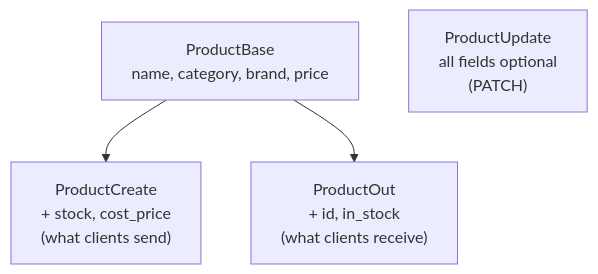
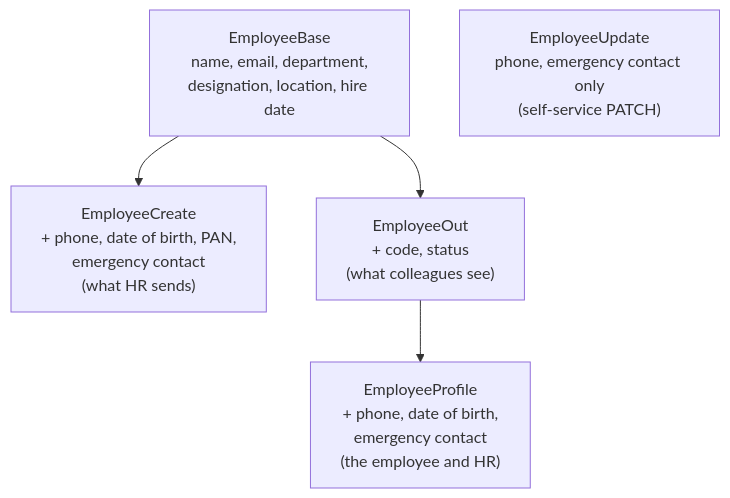
The diagram in docs/python/fastapi/04-responses-and-errors.md (kyedumati/KASI-FULLSTACK-MATERIAL), drawn with Mermaid before and after one commit. The commit also changed other lines of this file and 17 other files, not shown here.

````diff
--- a/docs/python/fastapi/04-responses-and-errors.md
+++ b/docs/python/fastapi/04-responses-and-errors.md
@@ -219,6 +306,7 @@
 ```mermaid
 flowchart TD
-  B["ProductBase<br/>name, category, brand, price"] --> C["ProductCreate<br/>+ stock, cost_price<br/>(what clients send)"]
-  B --> O["ProductOut<br/>+ id, in_stock<br/>(what clients receive)"]
-  U["ProductUpdate<br/>all fields optional<br/>(PATCH)"]
+  B["EmployeeBase<br/>name, email, department,<br/>designation, location, hire date"] --> C["EmployeeCreate<br/>+ phone, date of birth, PAN,<br/>emergency contact<br/>(what HR sends)"]
+  B --> O["EmployeeOut<br/>+ code, status<br/>(what colleagues see)"]
+  O --> P["EmployeeProfile<br/>+ phone, date of birth,<br/>emergency contact<br/>(the employee and HR)"]
+  U["EmployeeUpdate<br/>phone, emergency contact only<br/>(self-service PATCH)"]
 ```
````
